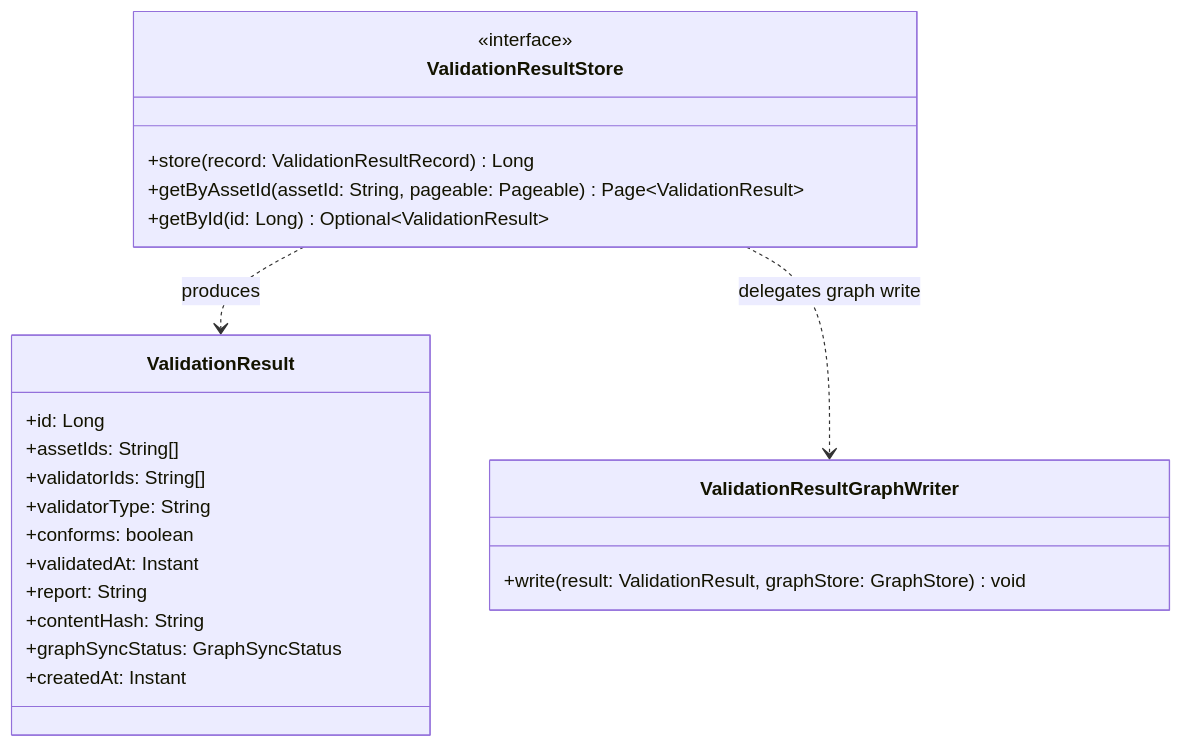
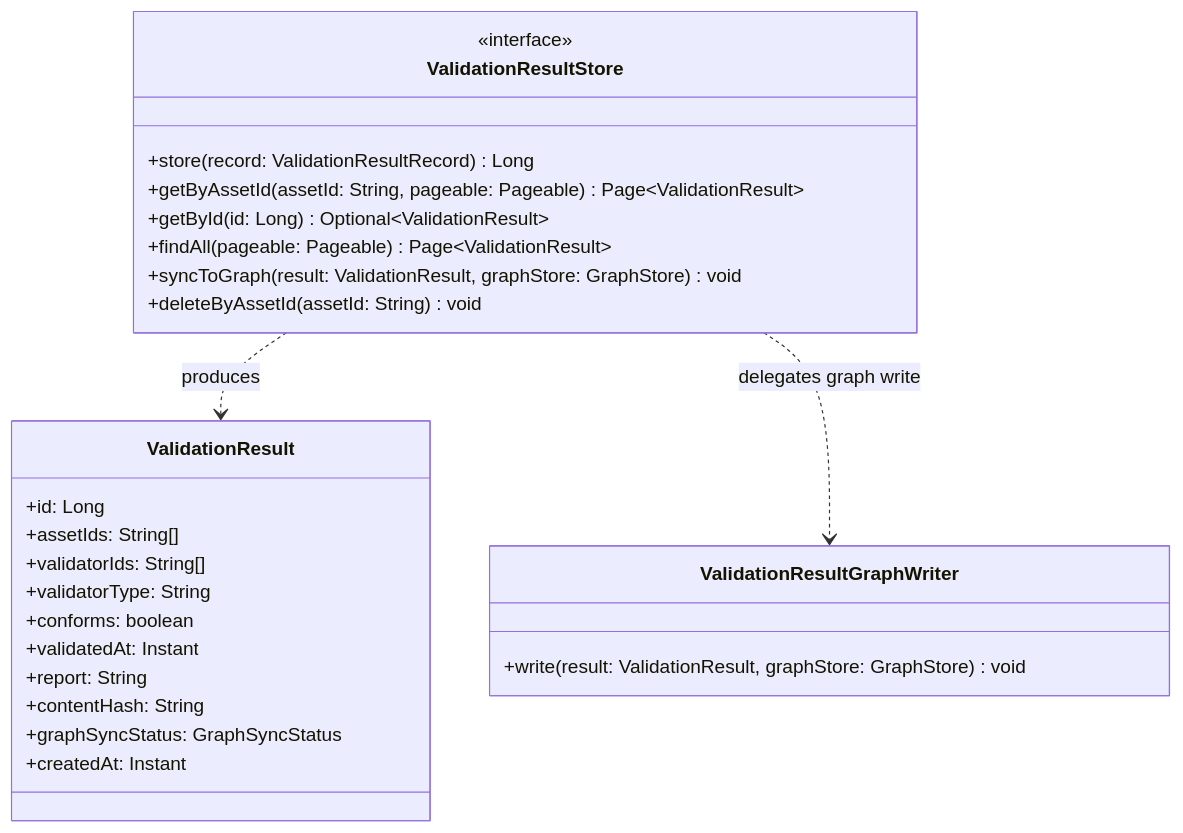
One commit to federated-catalogue-enhancements-2026/docs changed the sixth of 14 diagrams in federated-catalogue/src/docs/architecture/chapters/05_building_block_view.adoc. Above: the diagram before and after it, drawn with Mermaid. The commit also changed other lines of this file and 2 other files, not shown here.

```diff
--- a/federated-catalogue/src/docs/architecture/chapters/05_building_block_view.adoc
+++ b/federated-catalogue/src/docs/architecture/chapters/05_building_block_view.adoc
@@ -829,27 +852,30 @@
 [mermaid, width=2000]
 ....
 classDiagram
     class ValidationResultStore {
         <<interface>>
         +store(record: ValidationResultRecord) Long
         +getByAssetId(assetId: String, pageable: Pageable) Page~ValidationResult~
         +getById(id: Long) Optional~ValidationResult~
+        +findAll(pageable: Pageable) Page~ValidationResult~
+        +syncToGraph(result: ValidationResult, graphStore: GraphStore) void
+        +deleteByAssetId(assetId: String) void
     }
     class ValidationResultGraphWriter {
         +write(result: ValidationResult, graphStore: GraphStore) void
     }
     class ValidationResult {
         +id: Long
         +assetIds: String[]
         +validatorIds: String[]
         +validatorType: String
         +conforms: boolean
         +validatedAt: Instant
         +report: String
         +contentHash: String
         +graphSyncStatus: GraphSyncStatus
         +createdAt: Instant
     }
     ValidationResultStore ..> ValidationResult : produces
     ValidationResultStore ..> ValidationResultGraphWriter : delegates graph write
 ....
```
